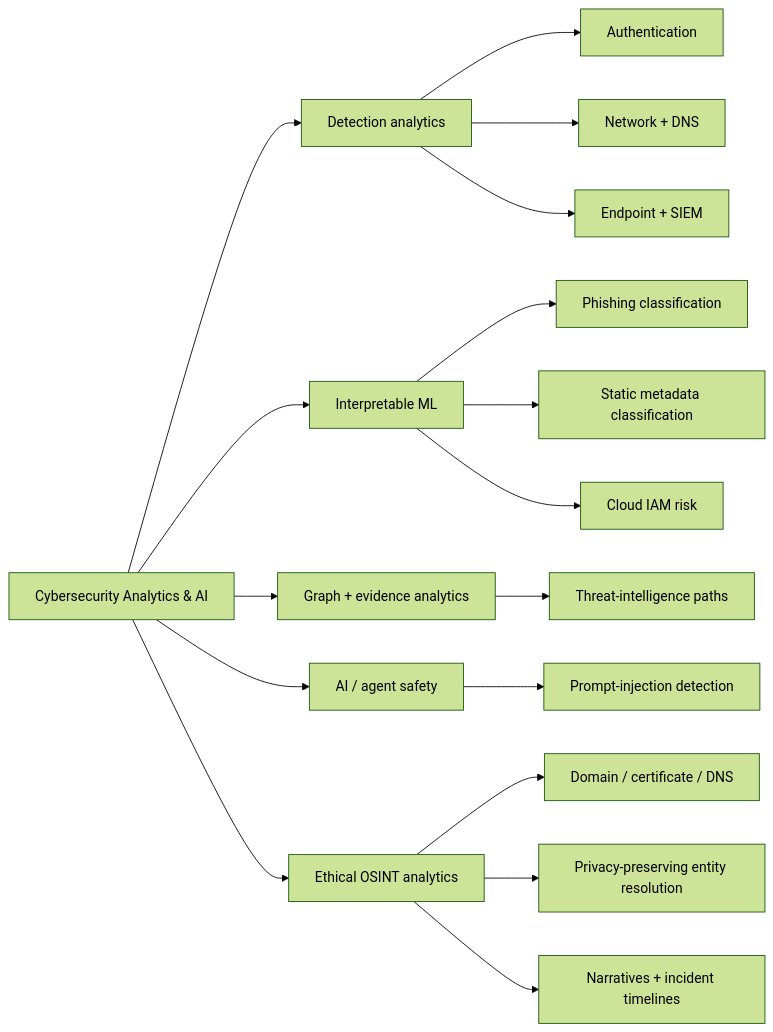
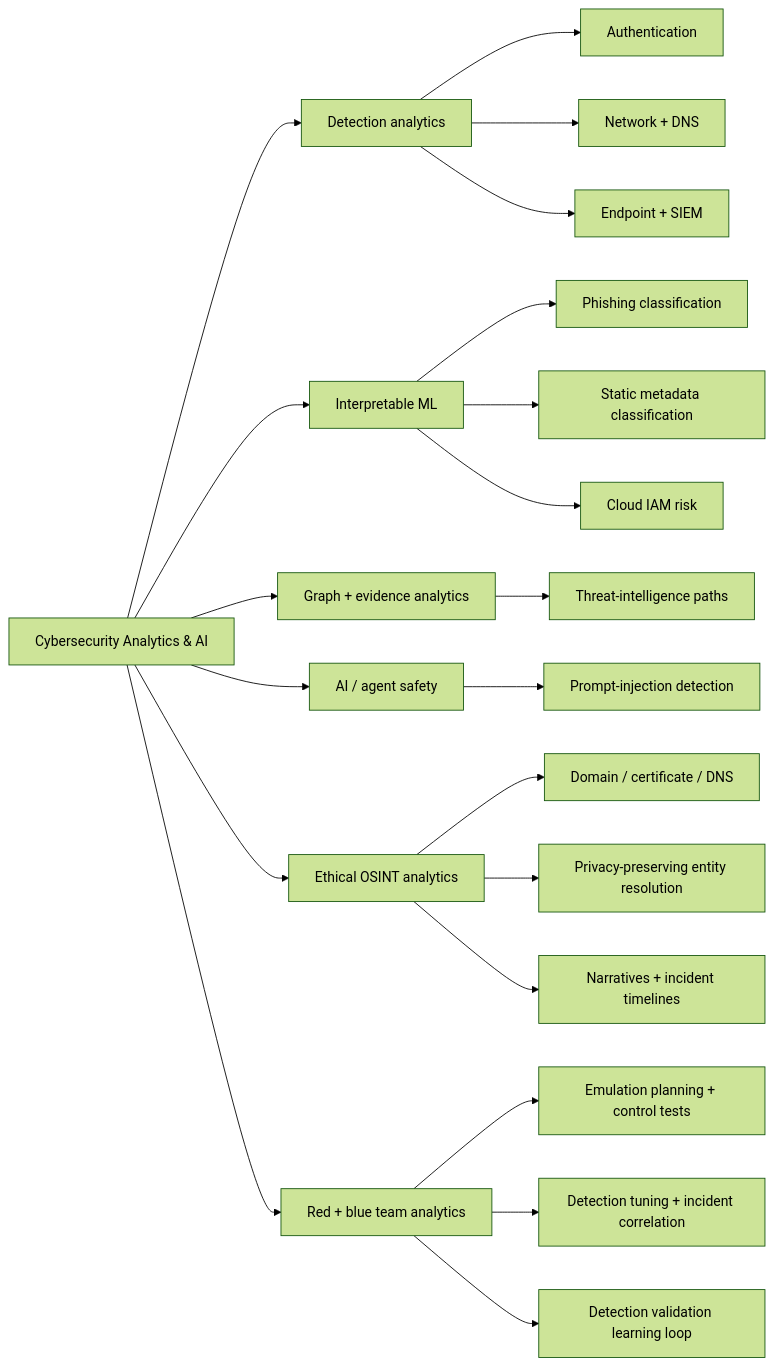
One commit to VinayK88/cybersecurity-analytics changed the first of 3 diagrams in README.md. Above: the diagram before and after it, drawn with Mermaid (forest theme). The commit also changed other lines of this file and 9 other files, not shown here.

Commit message:
Add red blue and purple team analytics notebooks

````diff
--- a/README.md
+++ b/README.md
@@ -41,25 +41,30 @@
 ```mermaid
 flowchart LR
     ROOT["Cybersecurity Analytics & AI"]
 
     ROOT --> DETECT["Detection analytics"]
     ROOT --> ML["Interpretable ML"]
     ROOT --> GRAPH["Graph + evidence analytics"]
     ROOT --> AI["AI / agent safety"]
     ROOT --> OSINT["Ethical OSINT analytics"]
+    ROOT --> PURPLE["Red + blue team analytics"]
 
     DETECT --> AUTH["Authentication"]
     DETECT --> NET["Network + DNS"]
     DETECT --> ENDPOINT["Endpoint + SIEM"]
 
     ML --> PHISH["Phishing classification"]
     ML --> MALWARE["Static metadata classification"]
     ML --> IAM["Cloud IAM risk"]
 
     GRAPH --> CTI["Threat-intelligence paths"]
     AI --> INJECTION["Prompt-injection detection"]
 
     OSINT --> INFRA["Domain / certificate / DNS"]
     OSINT --> PEOPLE["Privacy-preserving entity resolution"]
     OSINT --> FUSION["Narratives + incident timelines"]
+
+    PURPLE --> RED["Emulation planning + control tests"]
+    PURPLE --> BLUE["Detection tuning + incident correlation"]
+    PURPLE --> LOOP["Detection validation learning loop"]
 ```
````
